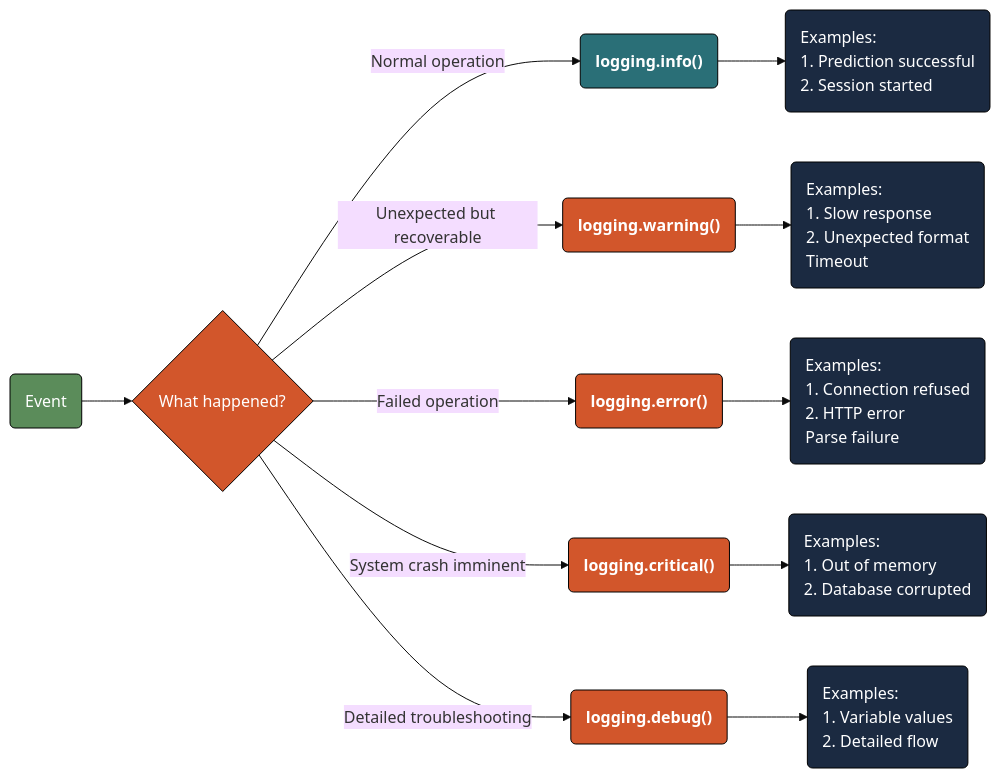
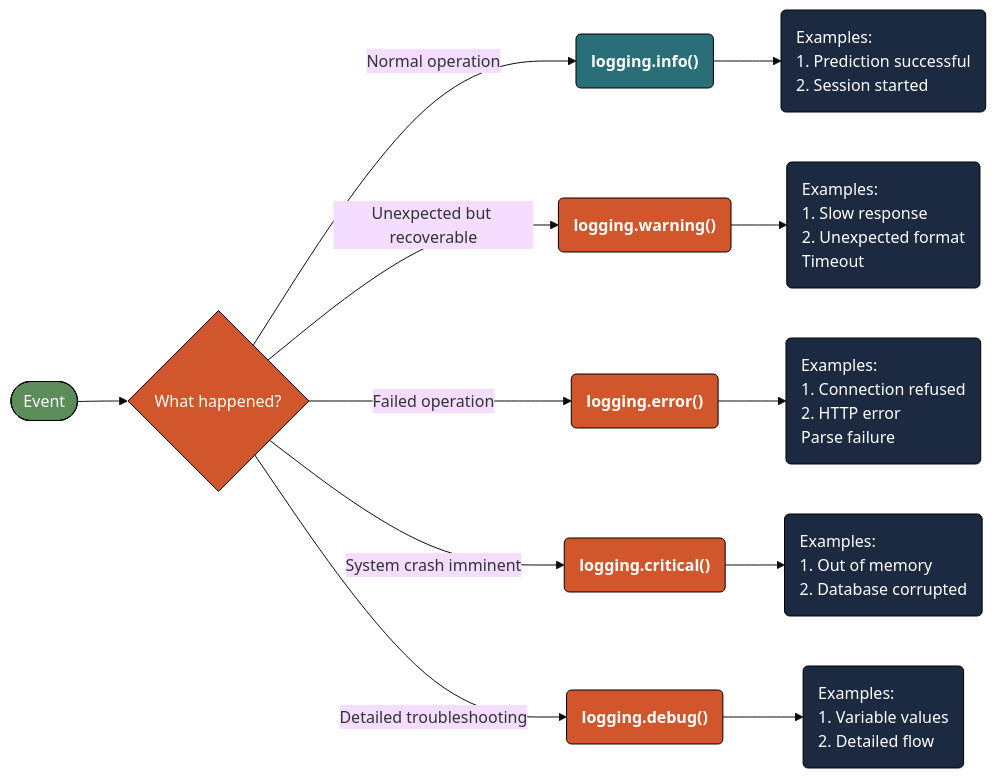
One commit to mjfrigaard/do4ds-labs changed diagram 13 of 15 in app-log-py.qmd. Above: the diagram before and after it, drawn with Mermaid. The commit also changed other lines of this file and 69 other files, not shown here.

Commit message:
style review fixes; mermaid look; lab07 model scripts and workflow deps

````diff
--- a/app-log-py.qmd
+++ b/app-log-py.qmd
@@ -1658,36 +1658,36 @@
 ```{mermaid}
 %%| fig-cap: 'Logging Levels Decision Tree'
 %%| fig-width: 7.0
 %%| fig-align: 'center'
-%%{init: {'theme': 'base', 'themeVariables': {'fontFamily': 'monospace'}}}%%
+%%{init: {'theme': 'base', 'look': 'classic', 'themeVariables': {'fontFamily': 'monospace'}}}%%
 
 graph LR
-    A("Event") --> B{"What happened?"}
+    A(["Event"]) --> B{"What happened?"}
 
     B -->|Normal operation| C("<strong>logging.info()</strong>")
     B -->|Unexpected but recoverable| D("<strong>logging.warning()</strong>")
     B -->|Failed operation| E("<strong>logging.error()</strong>")
     B -->|System crash imminent| F("<strong>logging.critical()</strong>")
     B -->|Detailed troubleshooting| G("<strong>logging.debug()</strong>")
 
     C --> C1("Examples:<br>1. Prediction successful<br>2. Session started")
     D --> D1("Examples:<br>1. Slow response<br>2. Unexpected format<br>Timeout")
     E --> E1("Examples:<br>1. Connection refused<br>2. HTTP error<br>Parse failure")
     F --> F1("Examples:<br>1. Out of memory<br>2. Database corrupted")
     G --> G1("Examples:<br>1. Variable values<br>2. Detailed flow")
 
     style A fill:#5B8C5A,stroke:#000000,stroke-width:1px,color:#ffffff
     style B fill:#D2562B,stroke:#000000,stroke-width:1px,color:#ffffff
     style C fill:#2A6F77,stroke:#000000,stroke-width:1px,color:#ffffff
     style D fill:#D2562B,stroke:#000000,stroke-width:1px,color:#ffffff
     style E fill:#D2562B,stroke:#000000,stroke-width:1px,color:#ffffff
     style F fill:#D2562B,stroke:#000000,stroke-width:1px,color:#ffffff
     style G fill:#D2562B,stroke:#000000,stroke-width:1px,color:#ffffff
     style C1 fill:#1B2A41,stroke:#000000,stroke-width:1px,color:#ffffff,text-align:left
     style D1 fill:#1B2A41,stroke:#000000,stroke-width:1px,color:#ffffff,text-align:left
     style E1 fill:#1B2A41,stroke:#000000,stroke-width:1px,color:#ffffff,text-align:left
     style F1 fill:#1B2A41,stroke:#000000,stroke-width:1px,color:#ffffff,text-align:left
     style G1 fill:#1B2A41,stroke:#000000,stroke-width:1px,color:#ffffff,text-align:left
     
     
 ```
````
